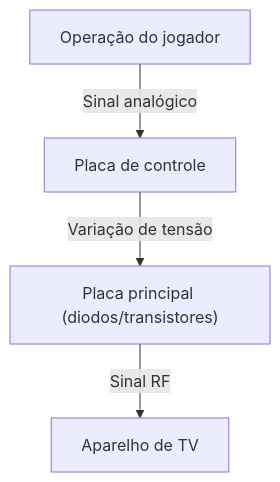
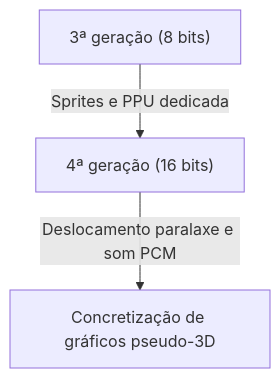
Before and after one commit to kenjinote/blog: the first of 2 diagrams in content/post/history-of-video-game-consoles/index.pt.md, drawn with Mermaid. The commit also changed other lines of this file and 129 other files, not shown here.

````diff
--- a/content/post/history-of-video-game-consoles/index.pt.md
+++ b/content/post/history-of-video-game-consoles/index.pt.md
@@ -22,6 +33,5 @@
 ```mermaid
 graph TD
-    A["Operação do jogador"] -- "Sinal analógico" --> B["Placa de controle"]
-    B -- "Variação de tensão" --> C["Placa principal (diodos/transistores)"]
-    C -- "Sinal RF" --> D["Aparelho de TV"]
+  A["3ª geração (8 bits)"] -- "Sprites e PPU dedicada" --> B["4ª geração (16 bits)"]
+  B["4ª geração (16 bits)"] -- "Deslocamento paralaxe e som PCM" --> C["Concretização de gráficos pseudo-3D"]
 ```
````
